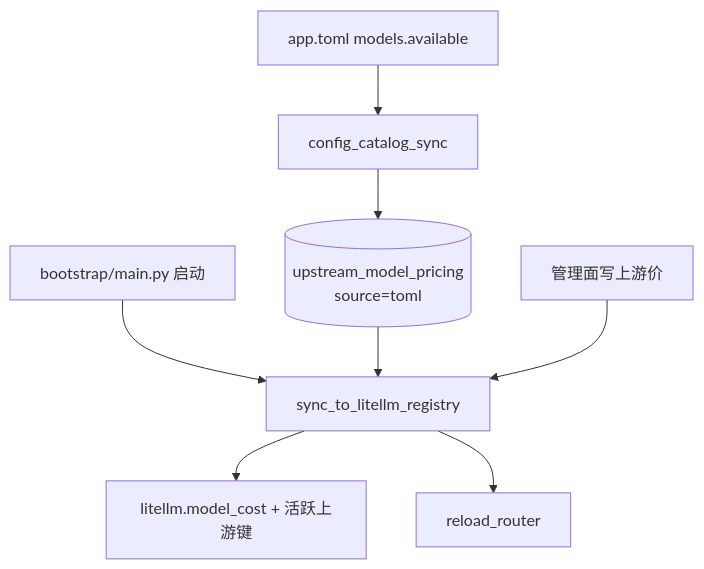
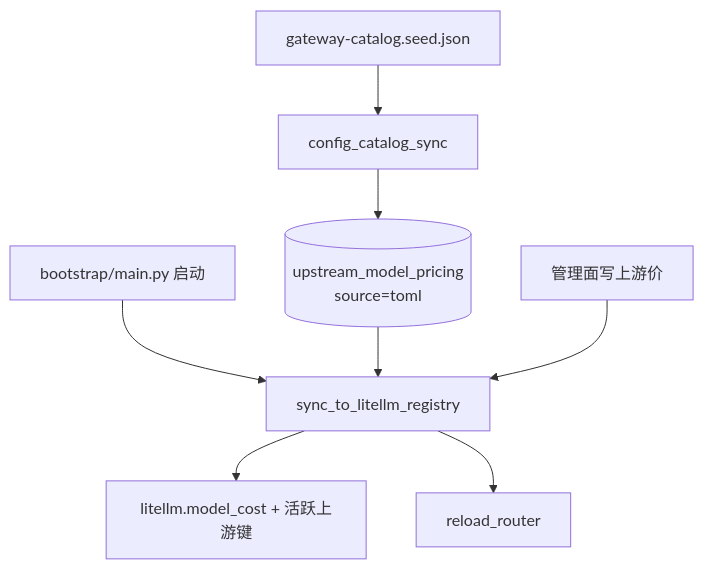
The fourth of 6 diagrams in backend/docs/GATEWAY_PRICING_AND_LITELLM_COST.md (tianyehedashu/ai-agent), drawn with Mermaid before and after one commit. The commit also changed other lines of this file and 100 other files, not shown here.

````diff
--- a/backend/docs/GATEWAY_PRICING_AND_LITELLM_COST.md
+++ b/backend/docs/GATEWAY_PRICING_AND_LITELLM_COST.md
@@ -214,10 +214,10 @@
 ```mermaid
 flowchart TD
-  TOML[app.toml models.available] --> SYNC[config_catalog_sync]
+  SEED[gateway-catalog.seed.json] --> SYNC[config_catalog_sync]
   SYNC --> UP[(upstream_model_pricing<br/>source=toml)]
   BOOT[bootstrap/main.py 启动] --> REG[sync_to_litellm_registry]
   UP --> REG
   REG --> LM[litellm.model_cost + 活跃上游键]
   ADMIN[管理面写上游价] --> REG
   REG --> RELOAD[reload_router]
 ```
````
